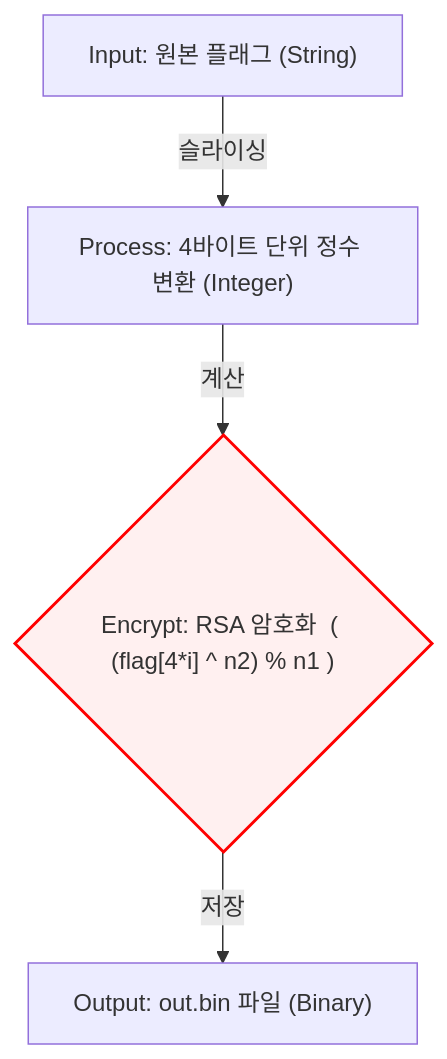
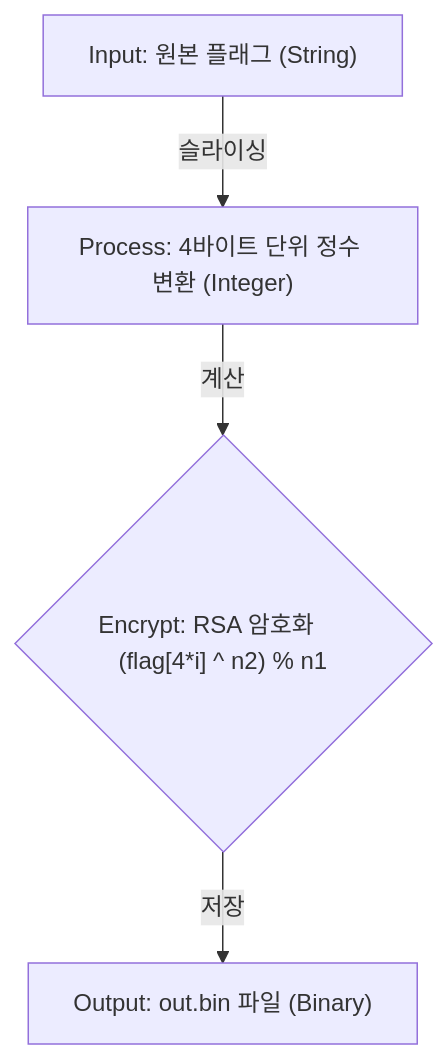
One commit to dongyeon1113/Dreamhack-Wargame changed the diagram in Reversing/Public/README.md. Above: the diagram before and after it, drawn with Mermaid.

````diff
--- a/Reversing/Public/README.md
+++ b/Reversing/Public/README.md
@@ -178,13 +178,13 @@
 ```mermaid
 graph TD
     Node1[" Input: 원본 플래그 (String)"]
     Node2[" Process: 4바이트 단위 정수 변환 (Integer)"]
-    Node3{" Encrypt: RSA 암호화  ( (flag[4*i] ^ n2) % n1 )"}
+    Node3{" Encrypt: RSA 암호화     (flag[4*i] ^ n2) % n1 "}
     Node4[" Output: out.bin 파일 (Binary)"]
 
     Node1 -->|슬라이싱| Node2
     Node2 -->|계산| Node3
     Node3 -->|저장| Node4
 
-    style Node3 stroke:#f00,stroke-width:2px,fill:#fff0f0
+  
 ```
````
